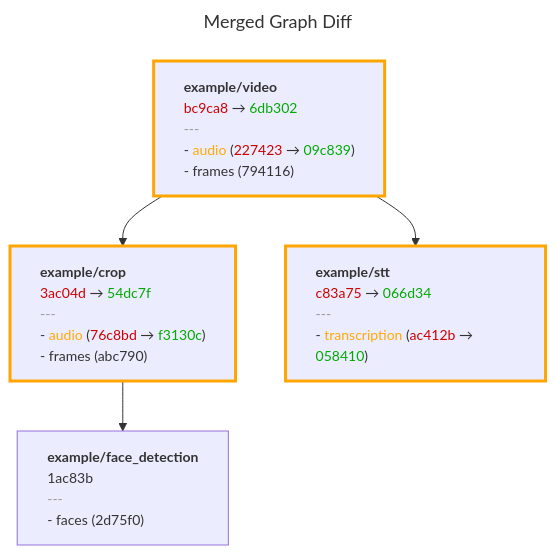
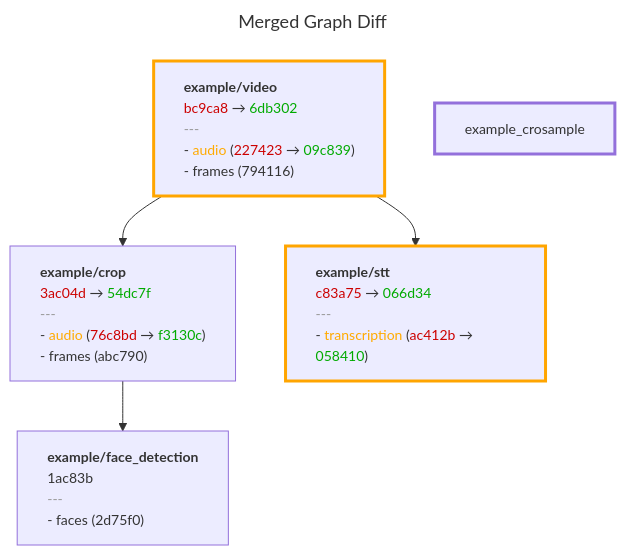
The second of 2 diagrams in docs/learn/data-versioning.md (anam-org/metaxy), drawn with Mermaid before and after one commit. The commit also changed other lines of this file and 16 other files, not shown here.

````diff
--- a/docs/learn/data-versioning.md
+++ b/docs/learn/data-versioning.md
@@ -218,26 +218,26 @@
 ```mermaid
 ---
 title: Merged Graph Diff
 ---
 flowchart TB
     %%{init: {'flowchart': {'htmlLabels': true, 'curve': 'basis'}, 'themeVariables': {'fontSize': '14px'}}}%%
 
     example_video["<div style="text-align:left"><b>example/video</b><br/><font color="#CC0000">bc9ca8</font> → <font
 color="#00AA00">6db302</font><br/><font color="#999">---</font><br/>- <font color="#FFAA00">audio</font> (<font
 color="#CC0000">227423</font> → <font color="#00AA00">09c839</font>)<br/>- frames (794116)</div>"]
     style example_video stroke:#FFA500,stroke-width:3px
     example_crop["<div style="text-align:left"><b>example/crop</b><br/><font color="#CC0000">3ac04d</font> → <font
 color="#00AA00">54dc7f</font><br/><font color="#999">---</font><br/>- <font color="#FFAA00">audio</font> (<font
 color="#CC0000">76c8bd</font> → <font color="#00AA00">f3130c</font>)<br/>- frames (abc790)</div>"]
-    style example_crop stroke:#FFA500,stroke-width:3px
+    style example_crosample versiop stroke:#FFA500,stroke-width:3px
     example_face_detection["<div style="text-align:left"><b>example/face_detection</b><br/>1ac83b<br/><font
 color="#999">---</font><br/>- faces (2d75f0)</div>"]
     example_stt["<div style="text-align:left"><b>example/stt</b><br/><font color="#CC0000">c83a75</font> → <font
 color="#00AA00">066d34</font><br/><font color="#999">---</font><br/>- <font color="#FFAA00">transcription</font> (<font
 color="#CC0000">ac412b</font> → <font color="#00AA00">058410</font>)</div>"]
     style example_stt stroke:#FFA500,stroke-width:3px
 
     example_video --> example_crop
     example_crop --> example_face_detection
     example_video --> example_stt
 ```
````
